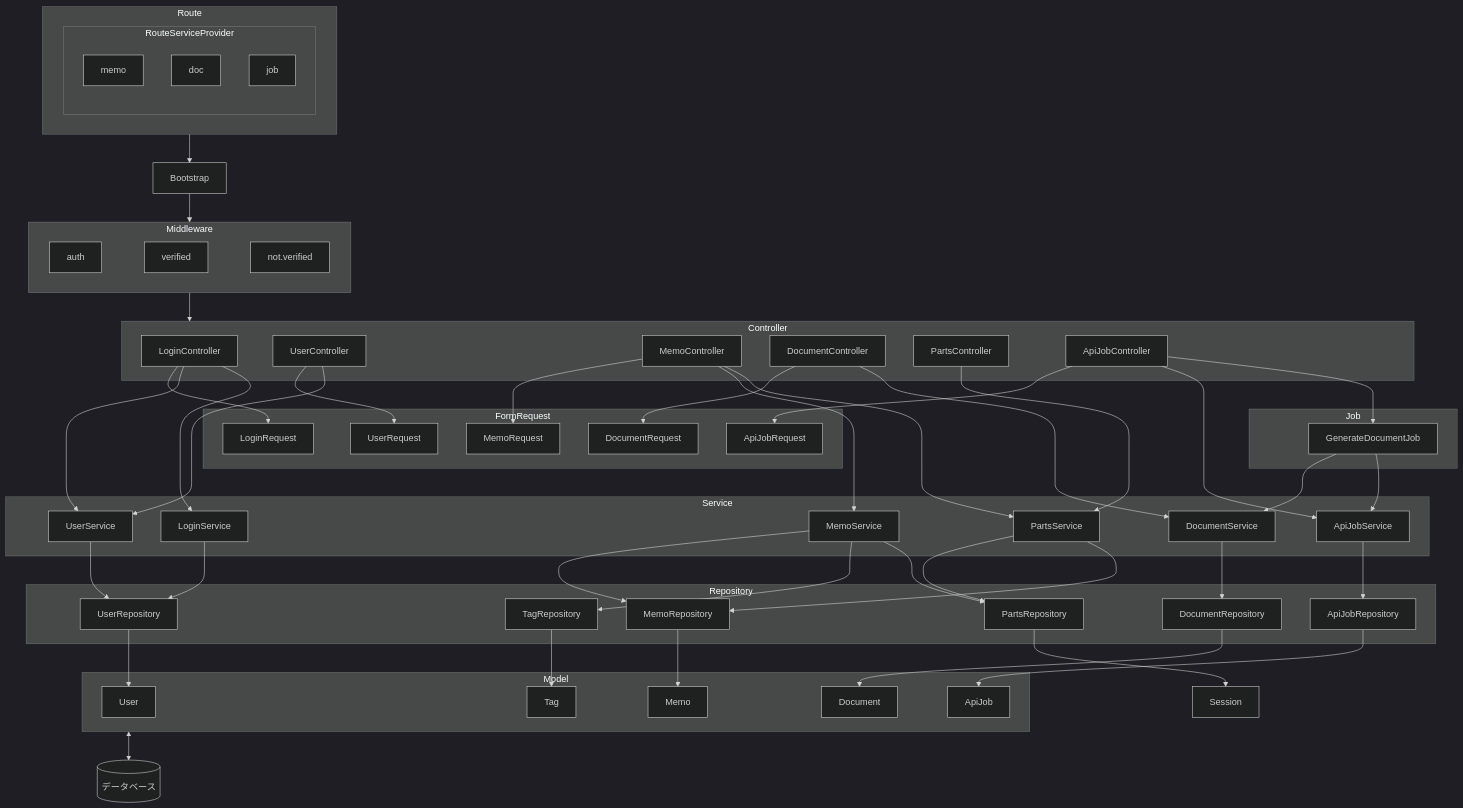
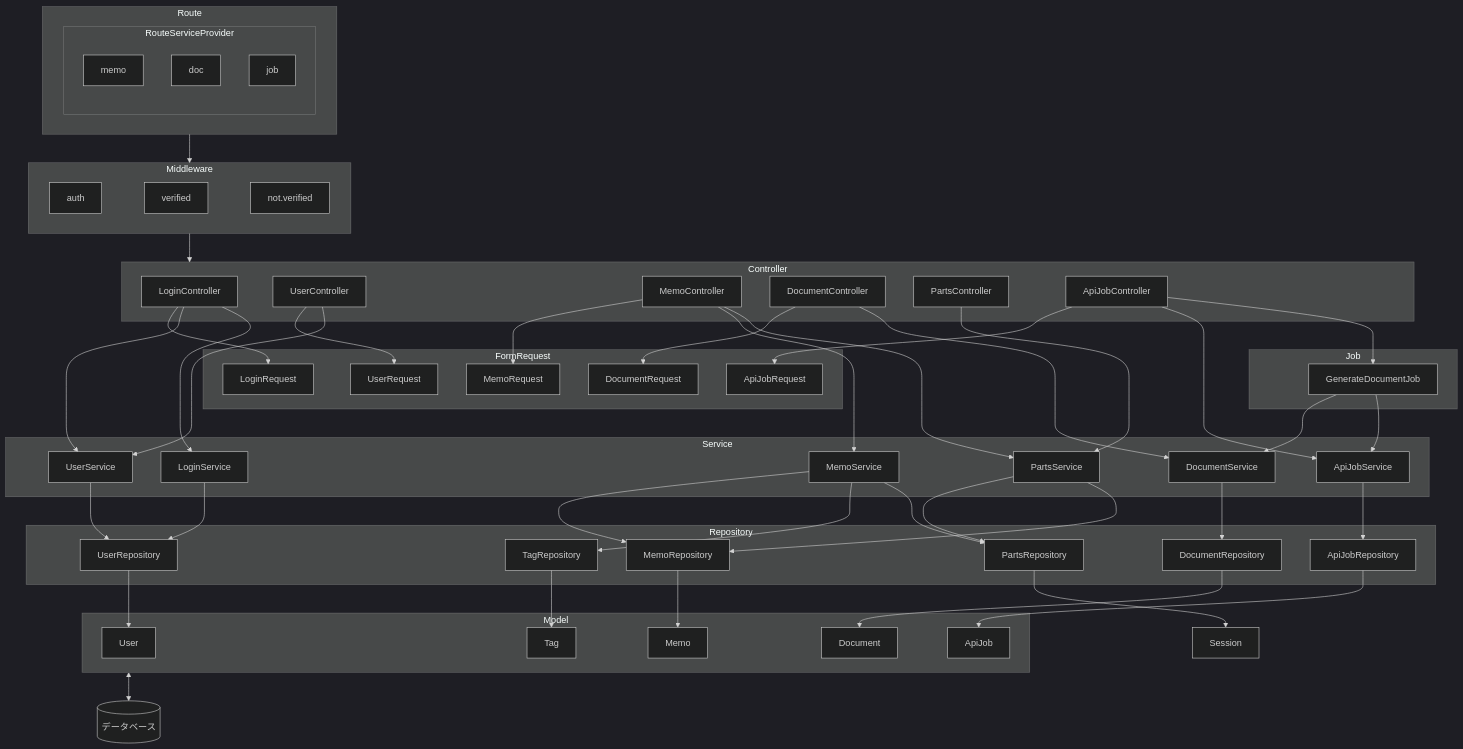
The diagram in doc/class.md (joyrswd/memodoc), drawn with Mermaid (dark theme) before and after one commit. The commit also changed 1 other file, not shown here.

Commit message:
ファイル名修正、ダイアログ修正

```diff
--- a/doc/class.md
+++ b/doc/class.md
@@ -57,7 +57,7 @@
     end
     DB[(データベース)]
     Model <--> DB
-    Route --> Bootstrap --> Middleware --> Controller
+    Route --> Middleware --> Controller
     PartsRepository --> Session
 
     LoginController --> UserService 
```
